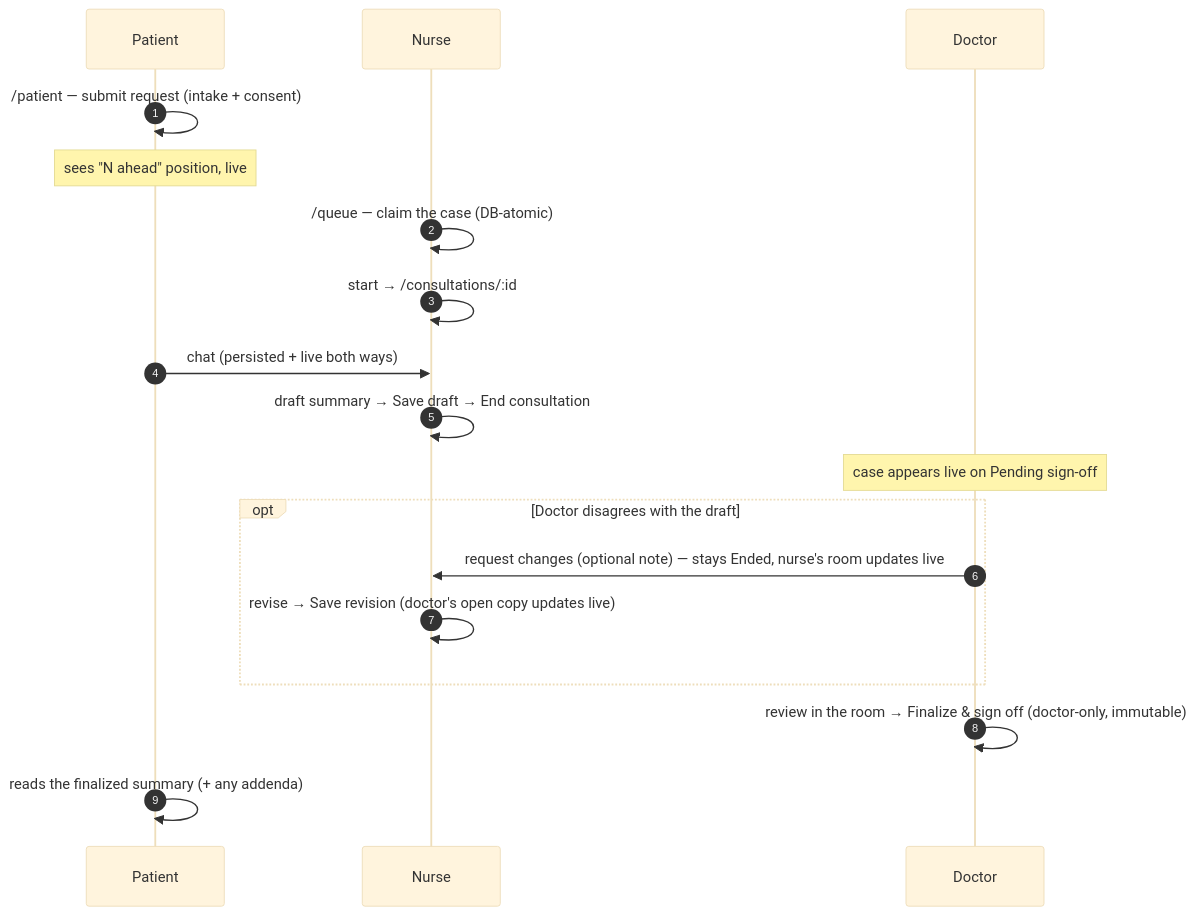
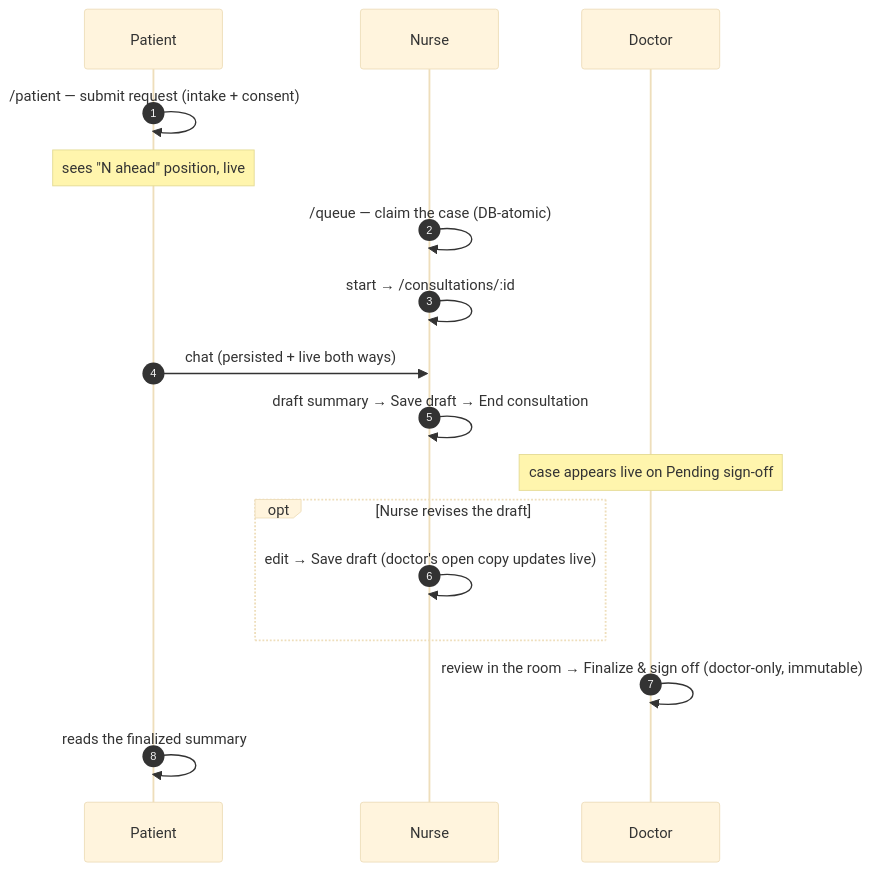
One commit to akritiupreti/virtual-consultation-platform changed the diagram in docs/demo-script.md. Above: the diagram before and after it, drawn with Mermaid (base theme). The commit also changed other lines of this file and 193 other files, not shown here.

First line of the commit message:
refactor: simplify consultation workflow and fix data-model diagram

````diff
--- a/docs/demo-script.md
+++ b/docs/demo-script.md
@@ -55,20 +55,19 @@
 ```mermaid
 sequenceDiagram
     autonumber
     participant Pt as Patient
     participant N as Nurse
     participant D as Doctor
     Pt->>Pt: /patient — submit request (intake + consent)
     Note over Pt: sees "N ahead" position, live
     N->>N: /queue — claim the case (DB-atomic)
     N->>N: start → /consultations/:id
     Pt->>N: chat (persisted + live both ways)
     N->>N: draft summary → Save draft → End consultation
     Note over D: case appears live on Pending sign-off
-    opt Doctor disagrees with the draft
-        D->>N: request changes (optional note) — stays Ended, nurse's room updates live
-        N->>N: revise → Save revision (doctor's open copy updates live)
+    opt Nurse revises the draft
+        N->>N: edit → Save draft (doctor's open copy updates live)
     end
     D->>D: review in the room → Finalize & sign off (doctor-only, immutable)
-    Pt->>Pt: reads the finalized summary (+ any addenda)
+    Pt->>Pt: reads the finalized summary
 ```
````
